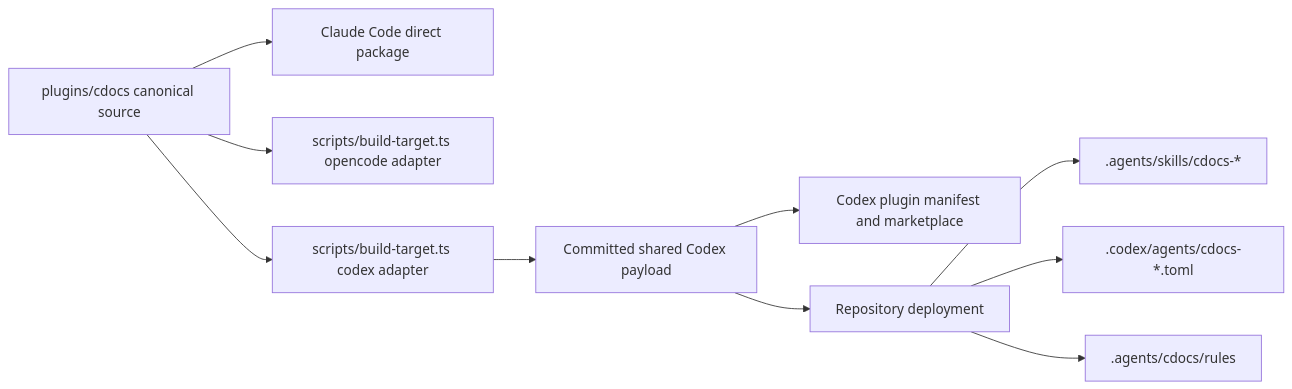
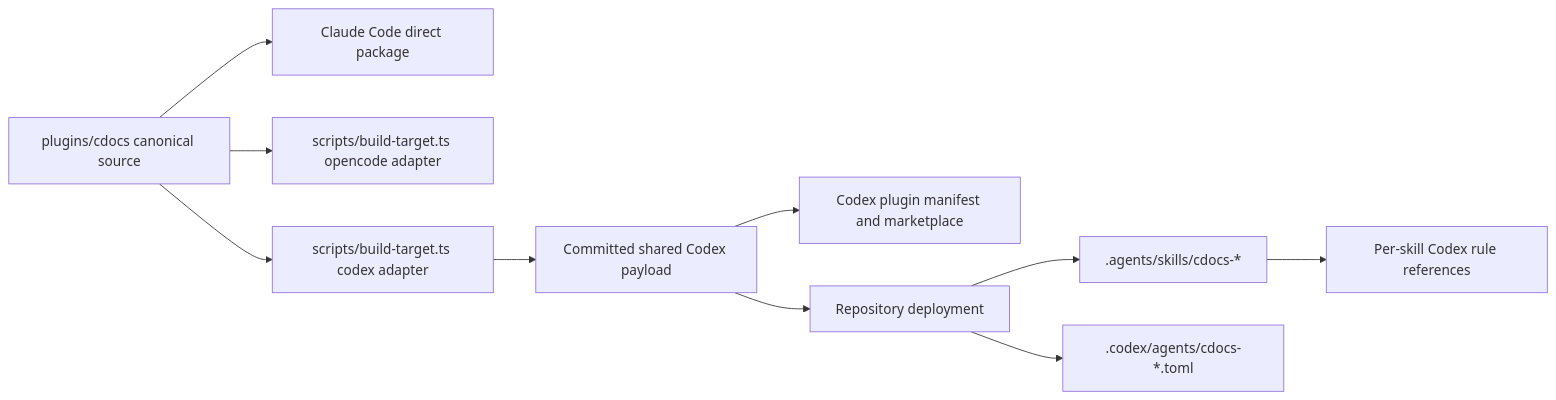
Before and after one commit to weftwiseink/clauthier: the diagram in cdocs/proposals/2026-08-31-canonical-codex-support.md, drawn with Mermaid. The commit also changed other lines of this file and 1 other file, not shown here.

Commit message:
codex is hard to get working

````diff
--- a/cdocs/proposals/2026-08-31-canonical-codex-support.md
+++ b/cdocs/proposals/2026-08-31-canonical-codex-support.md
@@ -102,12 +102,12 @@
 ```mermaid
 flowchart LR
     S[plugins/cdocs canonical source] --> C[Claude Code direct package]
     S --> O[scripts/build-target.ts opencode adapter]
     S --> X[scripts/build-target.ts codex adapter]
     X --> G[Committed shared Codex payload]
     G --> P[Codex plugin manifest and marketplace]
     G --> R[Repository deployment]
     R --> RS[.agents/skills/cdocs-*]
     R --> RA[.codex/agents/cdocs-*.toml]
-    R --> RR[.agents/cdocs/rules]
+    RS --> RR[Per-skill Codex rule references]
 ```
````
